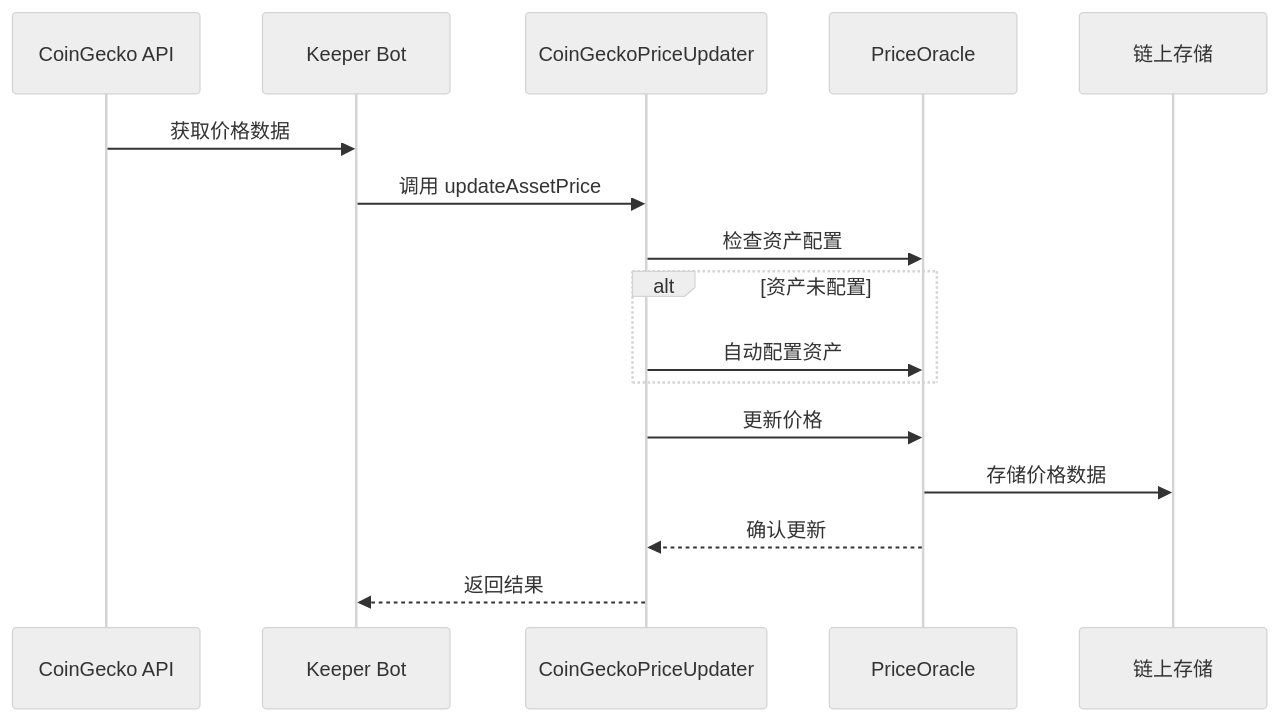
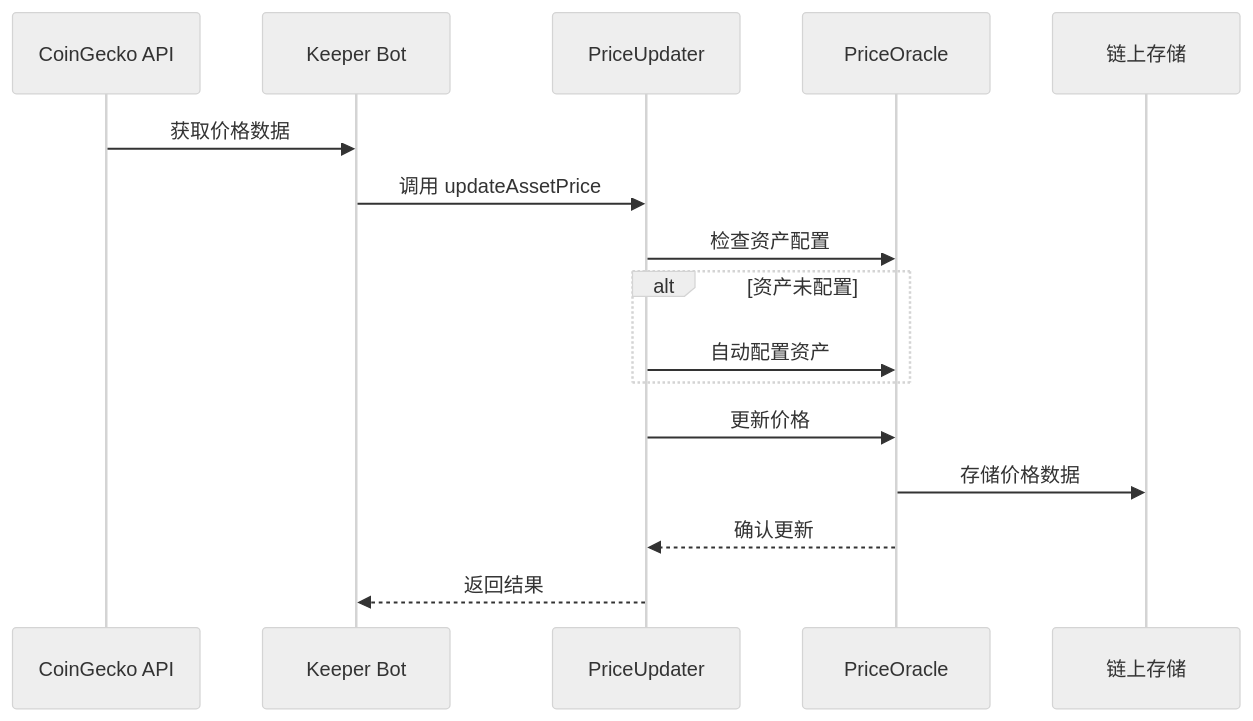
Before and after one commit to Anyawb/contracts: the second of 3 diagrams in docs/Usage-Guide/PriceOracle-Guide.md, drawn with Mermaid (neutral theme). The commit also changed other lines of this file and 538 other files, not shown here.

````diff
--- a/docs/Usage-Guide/PriceOracle-Guide.md
+++ b/docs/Usage-Guide/PriceOracle-Guide.md
@@ -257,19 +258,19 @@
 ```mermaid
 sequenceDiagram
     participant CG as CoinGecko API
     participant Keeper as Keeper Bot
-    participant CGU as CoinGeckoPriceUpdater
+    participant CGU as PriceUpdater
     participant PO as PriceOracle
     participant Storage as 链上存储
     
     CG->>Keeper: 获取价格数据
     Keeper->>CGU: 调用 updateAssetPrice
     CGU->>PO: 检查资产配置
     alt 资产未配置
         CGU->>PO: 自动配置资产
     end
     CGU->>PO: 更新价格
     PO->>Storage: 存储价格数据
     PO-->>CGU: 确认更新
     CGU-->>Keeper: 返回结果
 ```
````
